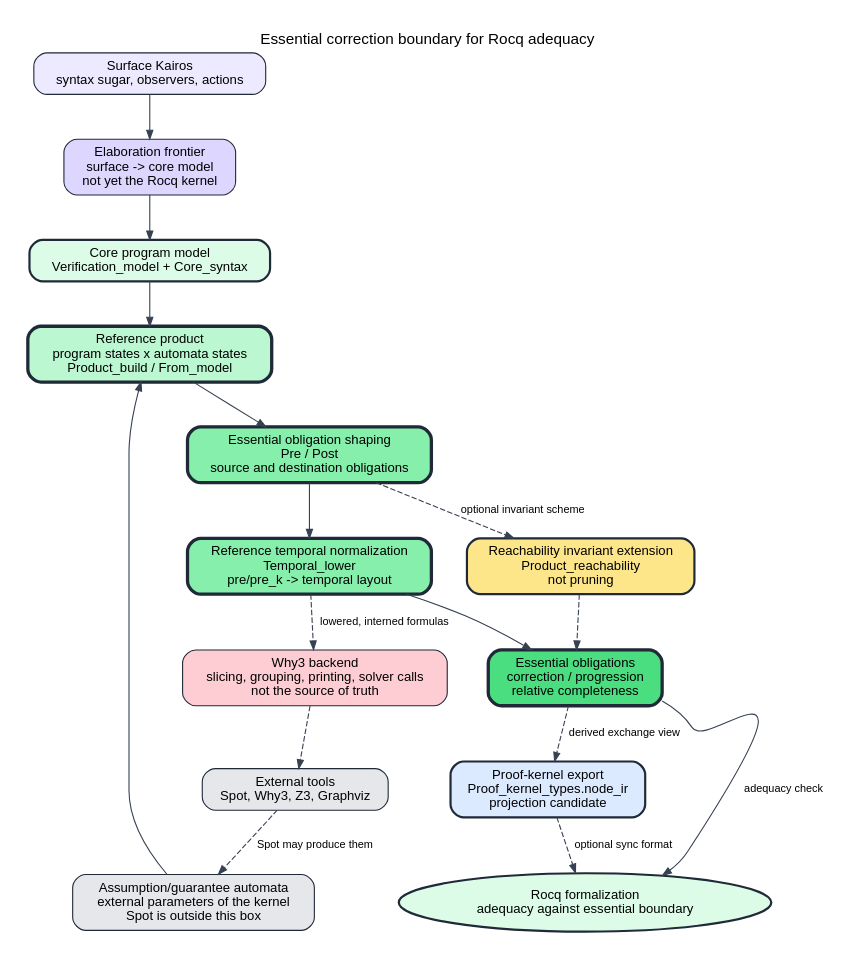
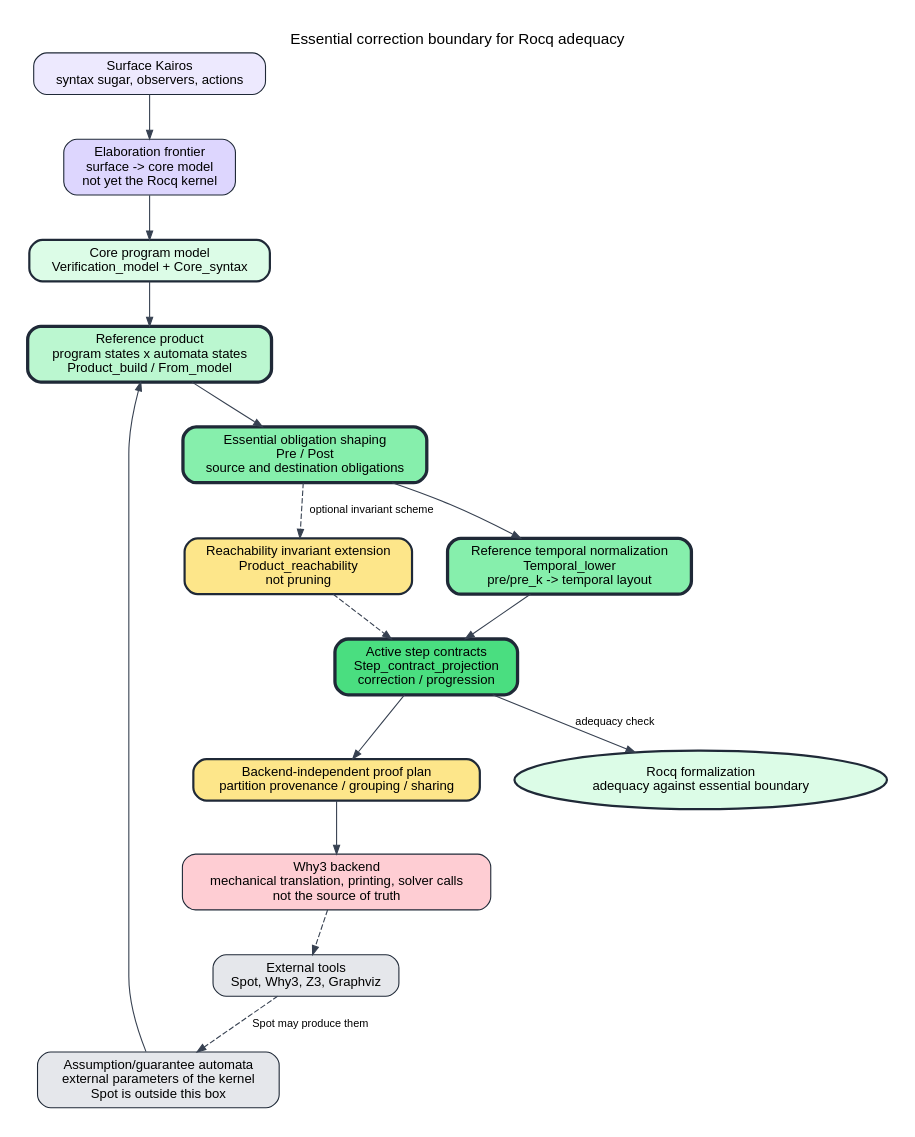
One commit to DabrowskiFr/Kairos changed the diagram in docs/architecture/manual/correction-path.dot. Above: the diagram before and after it, drawn with Graphviz. The commit also changed 102 other files, not shown here.

```diff
--- a/docs/architecture/manual/correction-path.dot
+++ b/docs/architecture/manual/correction-path.dot
@@ -1,119 +1,117 @@
 digraph KairosCorrectionPath {
   graph [
     rankdir=TB,
     bgcolor="white",
     pad="0.25",
     nodesep="0.45",
     ranksep="0.55",
     fontname="Helvetica",
     labelloc="t",
     label="Essential correction boundary for Rocq adequacy"
   ];
 
   node [
     shape=box,
     style="rounded,filled",
     fontname="Helvetica",
     fontsize=12,
     margin="0.12,0.08",
     color="#1f2937"
   ];
 
   edge [
     fontname="Helvetica",
     fontsize=10,
     color="#374151",
     arrowsize=0.8
   ];
 
   surface [
     label="Surface Kairos\nsyntax sugar, observers, actions",
     fillcolor="#ede9fe"
   ];
 
   elaboration [
     label="Elaboration frontier\nsurface -> core model\nnot yet the Rocq kernel",
     fillcolor="#ddd6fe"
   ];
 
   core [
     label="Core program model\nVerification_model + Core_syntax",
     fillcolor="#dcfce7",
     penwidth=2
   ];
 
   automata [
     label="Assumption/guarantee automata\nexternal parameters of the kernel\nSpot is outside this box",
     fillcolor="#e5e7eb"
   ];
 
   product [
     label="Reference product\nprogram states x automata states\nProduct_build / From_model",
     fillcolor="#bbf7d0",
     penwidth=3
   ];
 
   prepost [
     label="Essential obligation shaping\nPre / Post\nsource and destination obligations",
     fillcolor="#86efac",
     penwidth=3
   ];
 
   reachability [
     label="Reachability invariant extension\nProduct_reachability\nnot pruning",
     fillcolor="#fde68a",
     penwidth=2
   ];
 
   temporal [
     label="Reference temporal normalization\nTemporal_lower\npre/pre_k -> temporal layout",
     fillcolor="#86efac",
     penwidth=3
   ];
 
   obligations [
-    label="Essential obligations\ncorrection / progression\nrelative completeness",
+    label="Active step contracts\nStep_contract_projection\ncorrection / progression",
     fillcolor="#4ade80",
     penwidth=3
   ];
 
-  kernel_export [
-    label="Proof-kernel export\nProof_kernel_types.node_ir\nprojection candidate",
-    fillcolor="#dbeafe",
+  proof_plan [
+    label="Backend-independent proof plan\npartition provenance / grouping / sharing",
+    fillcolor="#fde68a",
     penwidth=2
   ];
 
   rocq [
     label="Rocq formalization\nadequacy against essential boundary",
     shape=oval,
     fillcolor="#dcfce7",
     penwidth=2
   ];
 
   backend [
-    label="Why3 backend\nslicing, grouping, printing, solver calls\nnot the source of truth",
+    label="Why3 backend\nmechanical translation, printing, solver calls\nnot the source of truth",
     fillcolor="#fecdd3"
   ];
 
   external [
     label="External tools\nSpot, Why3, Z3, Graphviz",
     fillcolor="#e5e7eb"
   ];
 
   surface -> elaboration;
   elaboration -> core;
   core -> product;
   automata -> product;
   product -> prepost;
   prepost -> temporal;
   temporal -> obligations;
   obligations -> rocq [label="adequacy check"];
   prepost -> reachability [style=dashed, label="optional invariant scheme"];
   reachability -> obligations [style=dashed];
-  obligations -> kernel_export [style=dashed, label="derived exchange view"];
-  kernel_export -> rocq [style=dashed, label="optional sync format"];
-
-  temporal -> backend [style=dashed, label="lowered, interned formulas"];
+  obligations -> proof_plan;
+  proof_plan -> backend;
   backend -> external [style=dashed];
   external -> automata [style=dashed, label="Spot may produce them"];
 }
```
